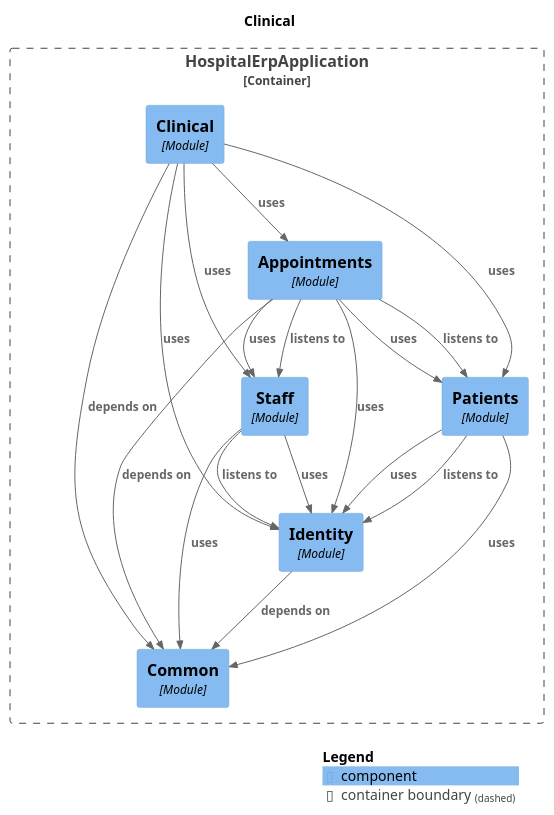
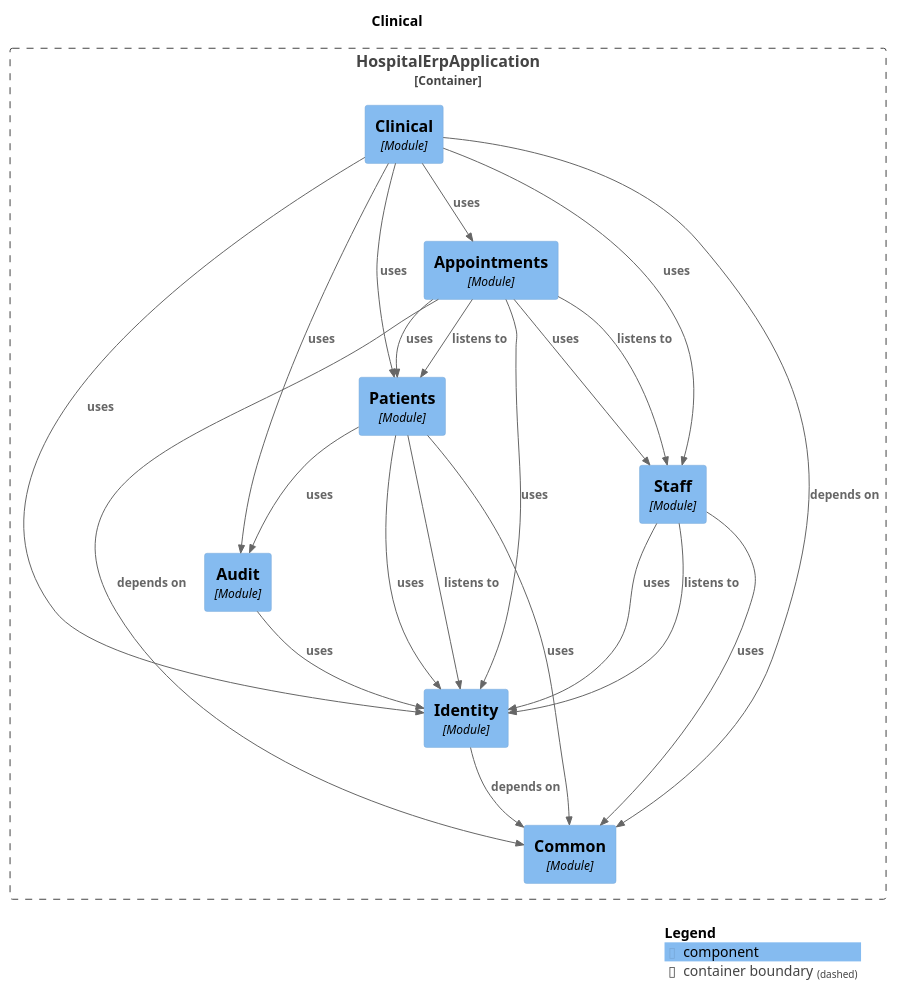
Before and after one commit to harshsharma5720/HospitalERP: the diagram in docs/modules/module-clinical.puml, drawn with PlantUML. The commit also changed 16 other files, not shown here.

```diff
--- a/docs/modules/module-clinical.puml
+++ b/docs/modules/module-clinical.puml
@@ -1,40 +1,44 @@
 @startuml
 set separator none
 title Clinical
 
 top to bottom direction
 
 !include <C4/C4>
 !include <C4/C4_Context>
 !include <C4/C4_Component>
 
 Container_Boundary("HospitalErpApplication.HospitalErpApplication_boundary", "HospitalErpApplication", $tags="") {
+  Component(HospitalErpApplication.HospitalErpApplication.Appointments, "Appointments", $techn="Module", $descr="", $tags="", $link="")
   Component(HospitalErpApplication.HospitalErpApplication.Clinical, "Clinical", $techn="Module", $descr="", $tags="", $link="")
   Component(HospitalErpApplication.HospitalErpApplication.Common, "Common", $techn="Module", $descr="", $tags="", $link="")
   Component(HospitalErpApplication.HospitalErpApplication.Identity, "Identity", $techn="Module", $descr="", $tags="", $link="")
+  Component(HospitalErpApplication.HospitalErpApplication.Audit, "Audit", $techn="Module", $descr="", $tags="", $link="")
+  Component(HospitalErpApplication.HospitalErpApplication.Staff, "Staff", $techn="Module", $descr="", $tags="", $link="")
   Component(HospitalErpApplication.HospitalErpApplication.Patients, "Patients", $techn="Module", $descr="", $tags="", $link="")
-  Component(HospitalErpApplication.HospitalErpApplication.Staff, "Staff", $techn="Module", $descr="", $tags="", $link="")
-  Component(HospitalErpApplication.HospitalErpApplication.Appointments, "Appointments", $techn="Module", $descr="", $tags="", $link="")
 }
 
+Rel(HospitalErpApplication.HospitalErpApplication.Staff, HospitalErpApplication.HospitalErpApplication.Identity, "listens to", $techn="", $tags="", $link="")
+Rel(HospitalErpApplication.HospitalErpApplication.Staff, HospitalErpApplication.HospitalErpApplication.Identity, "uses", $techn="", $tags="", $link="")
+Rel(HospitalErpApplication.HospitalErpApplication.Staff, HospitalErpApplication.HospitalErpApplication.Common, "uses", $techn="", $tags="", $link="")
 Rel(HospitalErpApplication.HospitalErpApplication.Identity, HospitalErpApplication.HospitalErpApplication.Common, "depends on", $techn="", $tags="", $link="")
+Rel(HospitalErpApplication.HospitalErpApplication.Audit, HospitalErpApplication.HospitalErpApplication.Identity, "uses", $techn="", $tags="", $link="")
 Rel(HospitalErpApplication.HospitalErpApplication.Appointments, HospitalErpApplication.HospitalErpApplication.Staff, "listens to", $techn="", $tags="", $link="")
 Rel(HospitalErpApplication.HospitalErpApplication.Appointments, HospitalErpApplication.HospitalErpApplication.Patients, "listens to", $techn="", $tags="", $link="")
 Rel(HospitalErpApplication.HospitalErpApplication.Appointments, HospitalErpApplication.HospitalErpApplication.Common, "depends on", $techn="", $tags="", $link="")
 Rel(HospitalErpApplication.HospitalErpApplication.Appointments, HospitalErpApplication.HospitalErpApplication.Patients, "uses", $techn="", $tags="", $link="")
 Rel(HospitalErpApplication.HospitalErpApplication.Appointments, HospitalErpApplication.HospitalErpApplication.Staff, "uses", $techn="", $tags="", $link="")
 Rel(HospitalErpApplication.HospitalErpApplication.Appointments, HospitalErpApplication.HospitalErpApplication.Identity, "uses", $techn="", $tags="", $link="")
-Rel(HospitalErpApplication.HospitalErpApplication.Patients, HospitalErpApplication.HospitalErpApplication.Identity, "listens to", $techn="", $tags="", $link="")
-Rel(HospitalErpApplication.HospitalErpApplication.Patients, HospitalErpApplication.HospitalErpApplication.Identity, "uses", $techn="", $tags="", $link="")
-Rel(HospitalErpApplication.HospitalErpApplication.Patients, HospitalErpApplication.HospitalErpApplication.Common, "uses", $techn="", $tags="", $link="")
-Rel(HospitalErpApplication.HospitalErpApplication.Staff, HospitalErpApplication.HospitalErpApplication.Identity, "listens to", $techn="", $tags="", $link="")
-Rel(HospitalErpApplication.HospitalErpApplication.Staff, HospitalErpApplication.HospitalErpApplication.Identity, "uses", $techn="", $tags="", $link="")
-Rel(HospitalErpApplication.HospitalErpApplication.Staff, HospitalErpApplication.HospitalErpApplication.Common, "uses", $techn="", $tags="", $link="")
 Rel(HospitalErpApplication.HospitalErpApplication.Clinical, HospitalErpApplication.HospitalErpApplication.Common, "depends on", $techn="", $tags="", $link="")
 Rel(HospitalErpApplication.HospitalErpApplication.Clinical, HospitalErpApplication.HospitalErpApplication.Appointments, "uses", $techn="", $tags="", $link="")
 Rel(HospitalErpApplication.HospitalErpApplication.Clinical, HospitalErpApplication.HospitalErpApplication.Staff, "uses", $techn="", $tags="", $link="")
 Rel(HospitalErpApplication.HospitalErpApplication.Clinical, HospitalErpApplication.HospitalErpApplication.Patients, "uses", $techn="", $tags="", $link="")
 Rel(HospitalErpApplication.HospitalErpApplication.Clinical, HospitalErpApplication.HospitalErpApplication.Identity, "uses", $techn="", $tags="", $link="")
+Rel(HospitalErpApplication.HospitalErpApplication.Clinical, HospitalErpApplication.HospitalErpApplication.Audit, "uses", $techn="", $tags="", $link="")
+Rel(HospitalErpApplication.HospitalErpApplication.Patients, HospitalErpApplication.HospitalErpApplication.Identity, "listens to", $techn="", $tags="", $link="")
+Rel(HospitalErpApplication.HospitalErpApplication.Patients, HospitalErpApplication.HospitalErpApplication.Identity, "uses", $techn="", $tags="", $link="")
+Rel(HospitalErpApplication.HospitalErpApplication.Patients, HospitalErpApplication.HospitalErpApplication.Common, "uses", $techn="", $tags="", $link="")
+Rel(HospitalErpApplication.HospitalErpApplication.Patients, HospitalErpApplication.HospitalErpApplication.Audit, "uses", $techn="", $tags="", $link="")
 
 SHOW_LEGEND(true)
 @enduml
```
